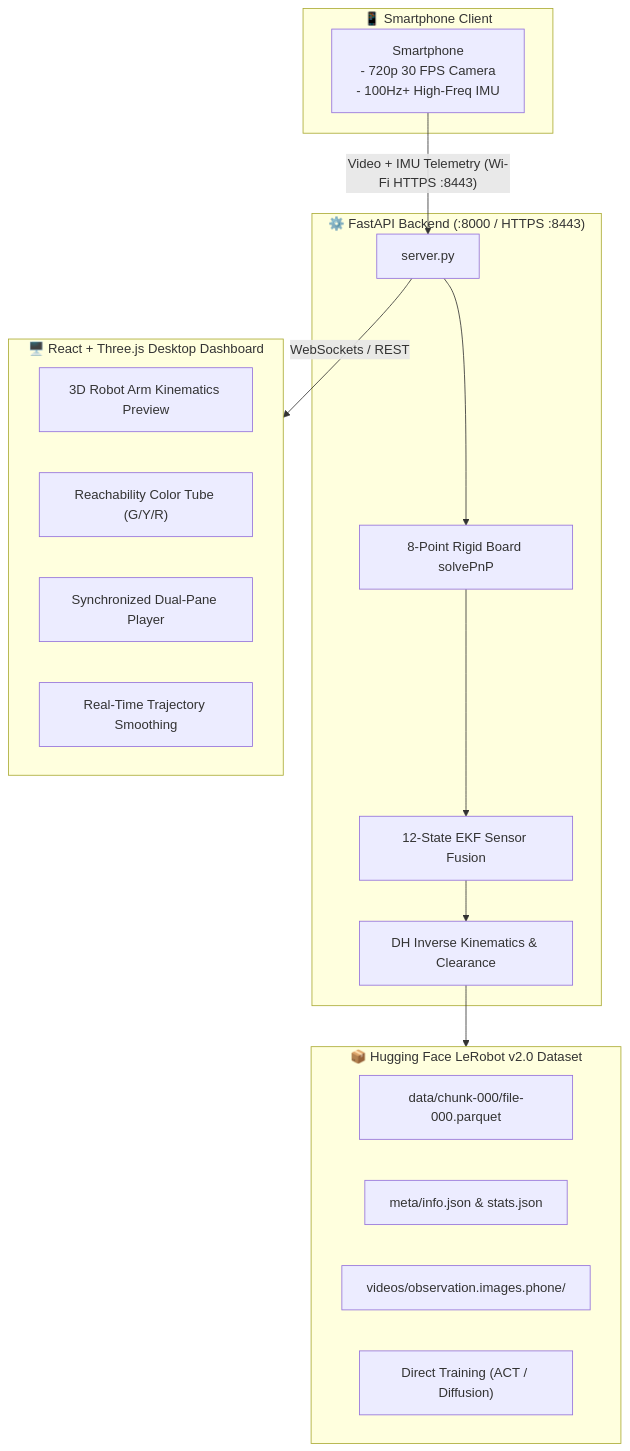
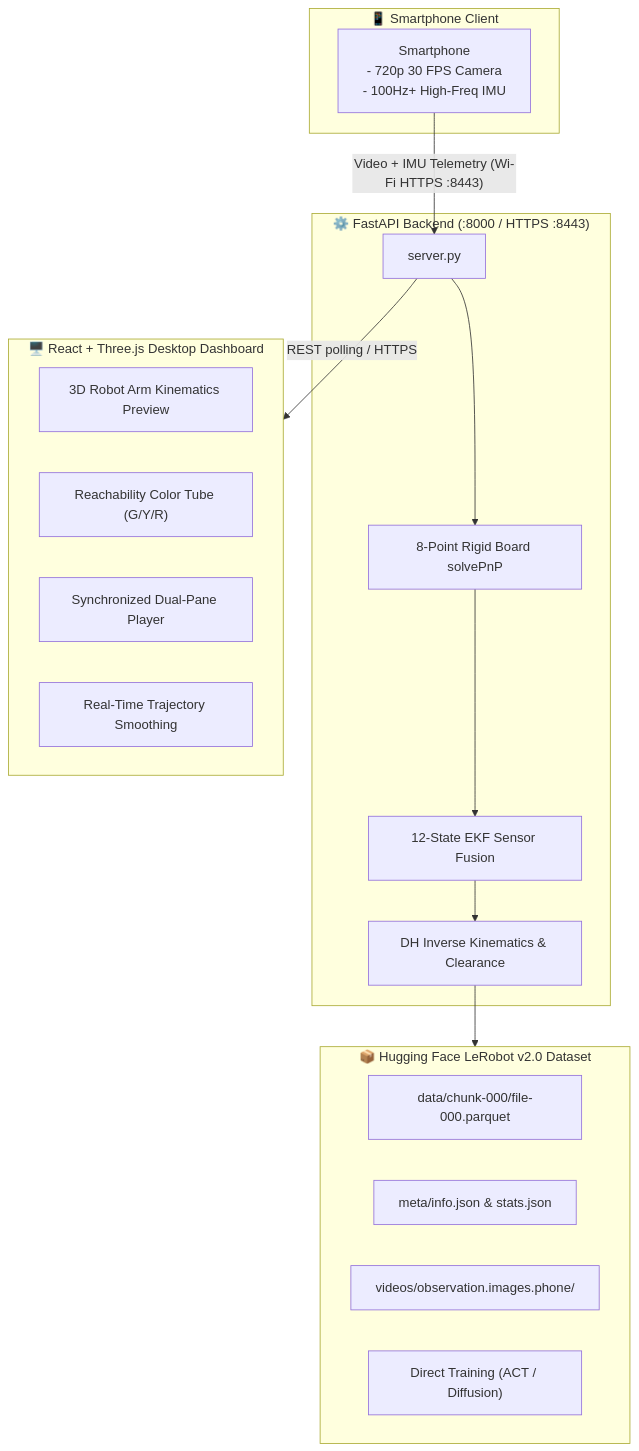
One commit to FalightSK/omni-kin changed the first of 4 diagrams in README.md. Above: the diagram before and after it, drawn with Mermaid. The commit also changed other lines of this file and 25 other files, not shown here.

````diff
--- a/README.md
+++ b/README.md
@@ -5,32 +5,32 @@
 ```mermaid
 flowchart TD
     subgraph Client["📱 Smartphone Client"]
         Phone["Smartphone<br/>- 720p 30 FPS Camera<br/>- 100Hz+ High-Freq IMU"]
     end
 
     subgraph Backend["⚙️ FastAPI Backend (:8000 / HTTPS :8443)"]
         Server["server.py"]
         PnP["8-Point Rigid Board solvePnP"]
         EKF["12-State EKF Sensor Fusion"]
         IK["DH Inverse Kinematics & Clearance"]
         Server --> PnP --> EKF --> IK
     end
 
     subgraph Dashboard["🖥️ React + Three.js Desktop Dashboard"]
         View3D["3D Robot Arm Kinematics Preview"]
         ReachColor["Reachability Color Tube (G/Y/R)"]
         DualPlayer["Synchronized Dual-Pane Player"]
         Smooth["Real-Time Trajectory Smoothing"]
     end
 
     subgraph Dataset["📦 Hugging Face LeRobot v2.0 Dataset"]
         Parquet["data/chunk-000/file-000.parquet"]
         Meta["meta/info.json & stats.json"]
         Videos["videos/observation.images.phone/"]
         Train["Direct Training (ACT / Diffusion)"]
     end
 
     Phone -- "Video + IMU Telemetry (Wi-Fi HTTPS :8443)" --> Server
-    Server -- "WebSockets / REST" --> Dashboard
+    Server -- "REST polling / HTTPS" --> Dashboard
     IK --> Dataset
 ```
````
